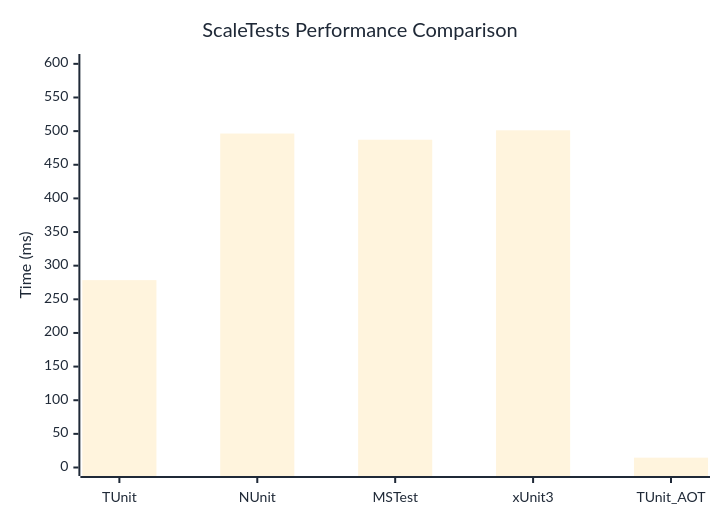
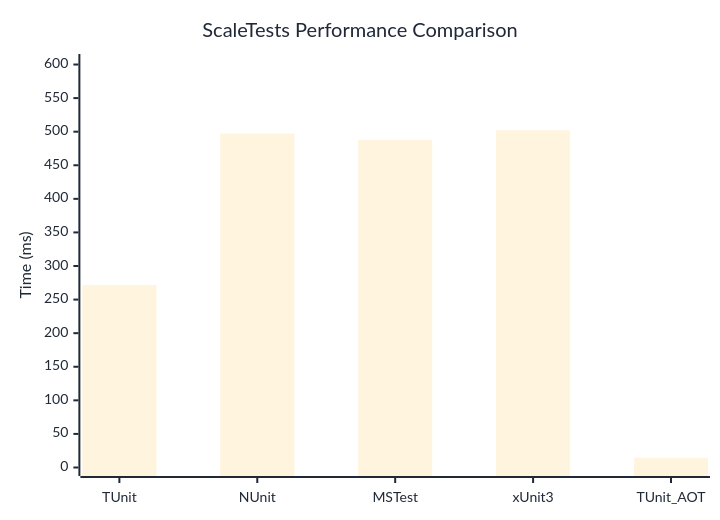
One commit to thomhurst/TUnit changed the diagram in docs/docs/benchmarks/engine/ScaleTests.md. Above: the diagram before and after it, drawn with Mermaid. The commit also changed other lines of this file and 18 other files, not shown here.

````diff
--- a/docs/docs/benchmarks/engine/ScaleTests.md
+++ b/docs/docs/benchmarks/engine/ScaleTests.md
@@ -29,37 +29,37 @@
 ```mermaid
 %%{init: {
   'theme':'base',
   'themeVariables': {
     'primaryColor': '#2563eb',
     'primaryTextColor': '#1f2937',
     'primaryBorderColor': '#1e40af',
     'lineColor': '#6b7280',
     'secondaryColor': '#7c3aed',
     'tertiaryColor': '#dc2626',
     'background': '#ffffff',
     'mainBkg': '#2563eb',
     'secondBkg': '#7c3aed',
     'tertiaryBkg': '#dc2626',
     'clusterBkg': '#f3f4f6',
     'edgeLabelBackground': '#ffffff',
     'tertiaryTextColor': '#1f2937',
     'pie1': '#2563eb',
     'pie2': '#7c3aed',
     'pie3': '#dc2626',
     'pie4': '#f59e0b',
     'pie5': '#10b981',
     'pie6': '#06b6d4',
     'pie7': '#ec4899',
     'pie8': '#6366f1',
     'pie9': '#84cc16',
     'pie10': '#f97316',
     'pie11': '#14b8a6',
     'pie12': '#a855f7'
   }
 }}%%
 xychart-beta
   title "ScaleTests Performance Comparison"
   x-axis ["TUnit", "NUnit", "MSTest", "xUnit3", "TUnit_AOT"]
-  y-axis "Time (ms)" 0 --> 602
-  bar [278.49, 496.42, 487.18, 501.2, 14.62]
+  y-axis "Time (ms)" 0 --> 603
+  bar [271.79, 497.08, 487.55, 502.19, 14.4]
 ```
````
